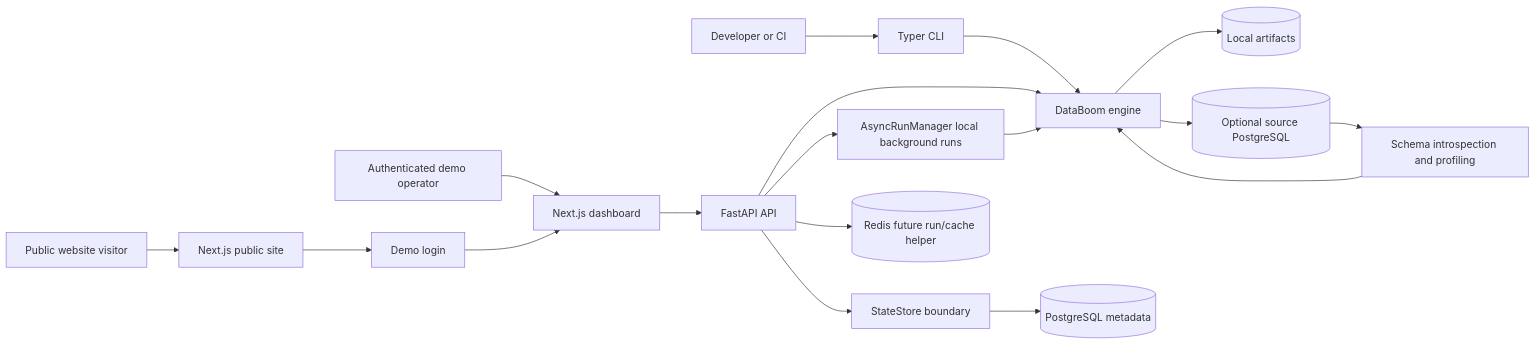
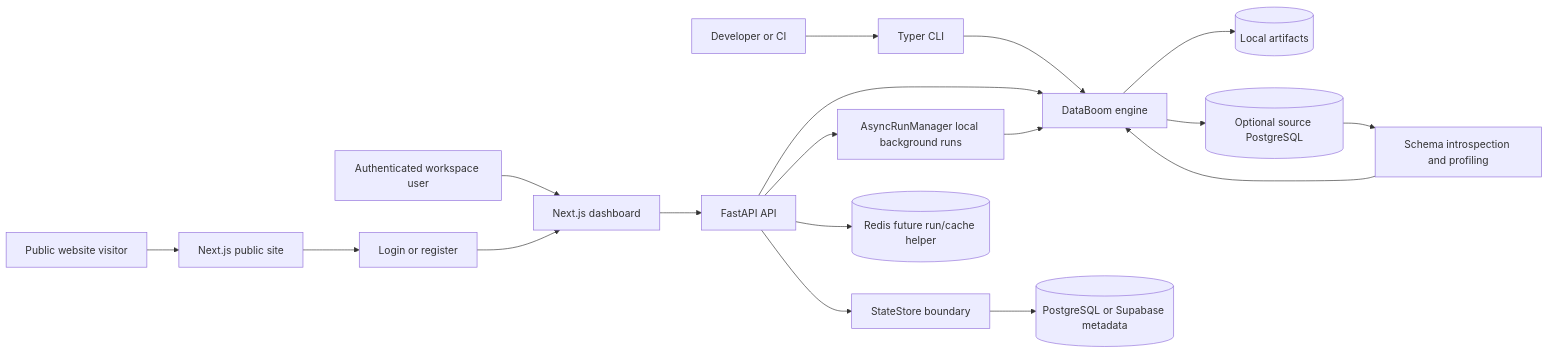
The first of 8 diagrams in docs/engineering/architecture.md (smitzo/DataBoom), drawn with Mermaid before and after one commit. The commit also changed other lines of this file and 16 other files, not shown here.

````diff
--- a/docs/engineering/architecture.md
+++ b/docs/engineering/architecture.md
@@ -9,23 +9,23 @@
 ```mermaid
 flowchart LR
     Visitor[Public website visitor] --> PublicSite[Next.js public site]
-    Operator[Authenticated demo operator] --> Dashboard[Next.js dashboard]
+    Operator[Authenticated workspace user] --> Dashboard[Next.js dashboard]
     Developer[Developer or CI] --> CLI[Typer CLI]
 
-    PublicSite --> Login[Demo login]
-    Login --> Dashboard
+    PublicSite --> Auth[Login or register]
+    Auth --> Dashboard
     Dashboard --> API[FastAPI API]
     CLI --> Engine[DataBoom engine]
     API --> Engine
 
     API --> AsyncRuns[AsyncRunManager local background runs]
     AsyncRuns --> Engine
     API --> StateStore[StateStore boundary]
-    StateStore --> MetadataDB[(PostgreSQL metadata)]
+    StateStore --> MetadataDB[(PostgreSQL or Supabase metadata)]
     API --> Redis[(Redis future run/cache helper)]
 
     Engine --> Artifacts[(Local artifacts)]
     Engine --> SourceDB[(Optional source PostgreSQL)]
     SourceDB --> Introspection[Schema introspection and profiling]
     Introspection --> Engine
 ```
````
